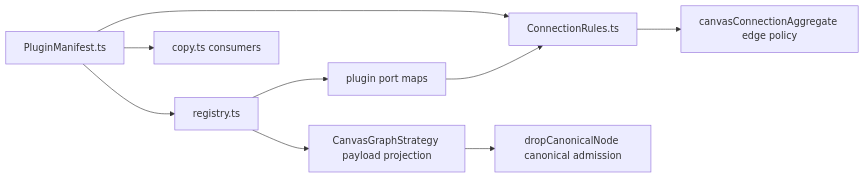
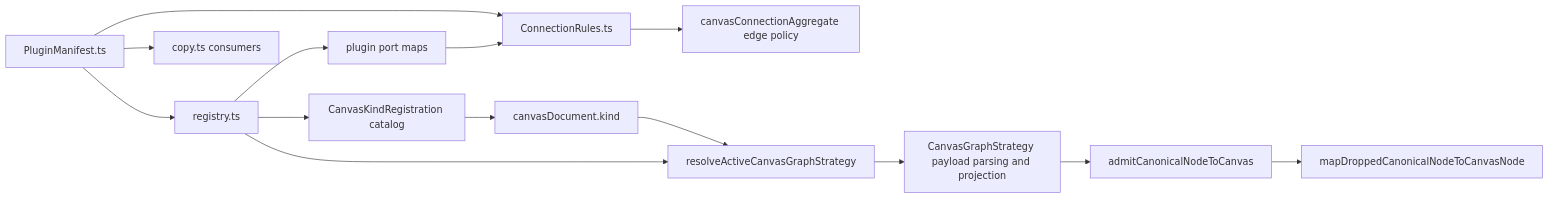
Before and after one commit to dunay2/dvt: the third of 4 diagrams in docs/architecture/components/web/graph/graph-frontend-architecture.md, drawn with Mermaid. The commit also changed other lines of this file and 5 other files, not shown here.

Commit message:
docs(docs): Update Canvas graph strategy boundary docs

````diff
--- a/docs/architecture/components/web/graph/graph-frontend-architecture.md
+++ b/docs/architecture/components/web/graph/graph-frontend-architecture.md
@@ -170,11 +171,16 @@
 ```mermaid
 flowchart LR
   Manifest["PluginManifest.ts"] --> Registry["registry.ts"]
   Manifest --> Rules["ConnectionRules.ts"]
   Manifest --> Copy["copy.ts consumers"]
   Registry --> PortMap["plugin port maps"]
   PortMap --> Rules
   Rules --> CanvasPolicy["canvasConnectionAggregate edge policy"]
-  Registry --> Strategy["CanvasGraphStrategy payload projection"]
-  Strategy --> Drop["dropCanonicalNode canonical admission"]
+  Registry --> CanvasKinds["CanvasKindRegistration catalog"]
+  CanvasKinds --> ActiveDocument["canvasDocument.kind"]
+  ActiveDocument --> StrategyResolver["resolveActiveCanvasGraphStrategy"]
+  Registry --> StrategyResolver
+  StrategyResolver --> Strategy["CanvasGraphStrategy payload parsing and projection"]
+  Strategy --> Admission["admitCanonicalNodeToCanvas"]
+  Admission --> ViewportProjection["mapDroppedCanonicalNodeToCanvasNode"]
 ```
````
